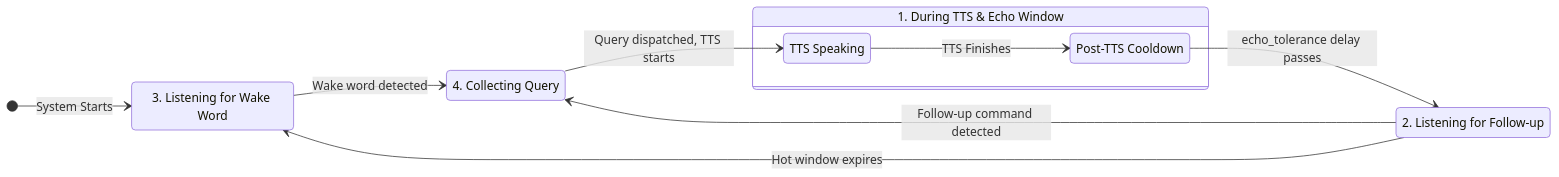
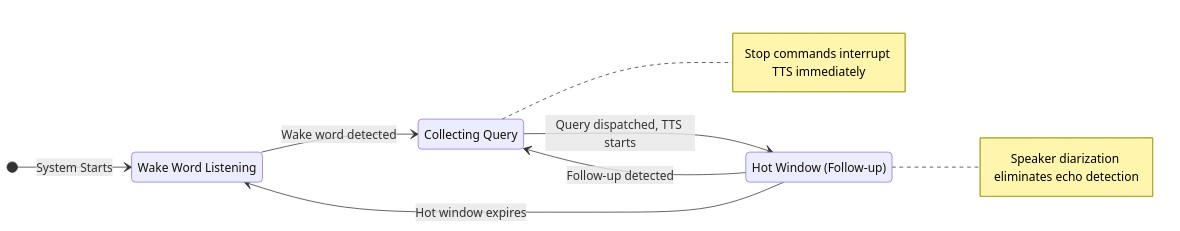
The diagram in src/jarvis/listening/listening.spec.md (isair/jarvis), drawn with Mermaid before and after one commit. The commit also changed other lines of this file and 13 other files, not shown here.

````diff
--- a/src/jarvis/listening/listening.spec.md
+++ b/src/jarvis/listening/listening.spec.md
@@ -38,21 +37,17 @@
 ```mermaid
 stateDiagram-v2
     direction LR
     [*] --> WakeWord: System Starts
 
-    state "1. During TTS & Echo Window" as EchoCheck {
-        DuringTTS: TTS Speaking
-        EchoWindow: Post-TTS Cooldown
-        DuringTTS --> EchoWindow: TTS Finishes
-    }
-
-    WakeWord: 3. Listening for Wake Word
-    HotWindow: 2. Listening for Follow-up
-    Collecting: 4. Collecting Query
+    WakeWord: Wake Word Listening
+    Collecting: Collecting Query
+    HotWindow: Hot Window (Follow-up)
 
     WakeWord --> Collecting: Wake word detected
-    EchoWindow --> HotWindow: echo_tolerance delay passes
-    HotWindow --> Collecting: Follow-up command detected
-    Collecting --> DuringTTS: Query dispatched, TTS starts
+    Collecting --> HotWindow: Query dispatched, TTS starts
+    HotWindow --> Collecting: Follow-up detected
     HotWindow --> WakeWord: Hot window expires
+    
+    note right of Collecting: Stop commands interrupt TTS immediately
+    note right of HotWindow: Speaker diarization eliminates echo detection
 ```
````
